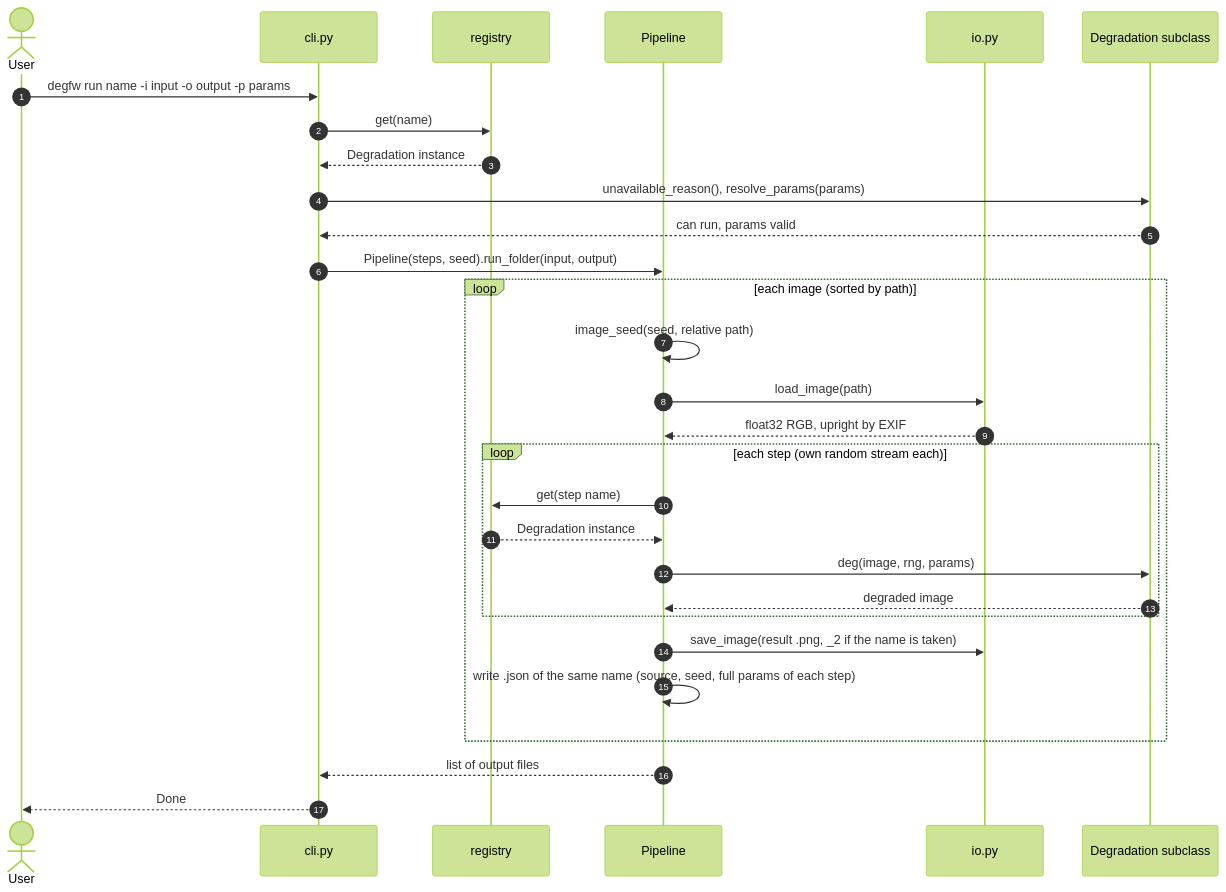
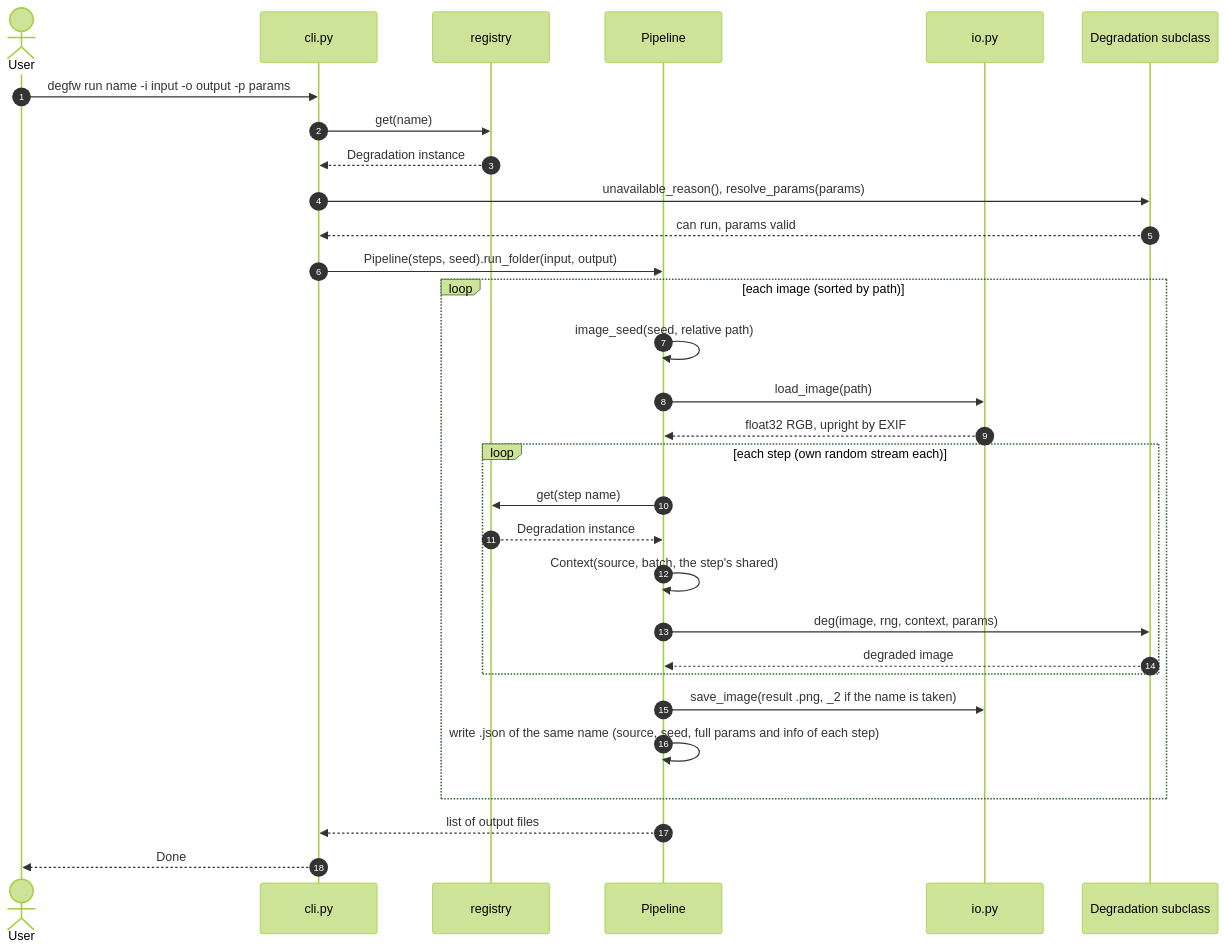
One commit to Tommy6015/degradation-framework changed the third of 4 diagrams in doc_EN/architecture.md. Above: the diagram before and after it, drawn with Mermaid (forest theme). The commit also changed other lines of this file and 38 other files, not shown here.

````diff
--- a/doc_EN/architecture.md
+++ b/doc_EN/architecture.md
@@ -206,32 +227,33 @@
 ```mermaid
 sequenceDiagram
     autonumber
     actor U as User
     participant CLI as cli.py
     participant R as registry
     participant P as Pipeline
     participant IO as io.py
     participant D as Degradation subclass
 
     U->>CLI: degfw run name -i input -o output -p params
     CLI->>R: get(name)
     R-->>CLI: Degradation instance
     CLI->>D: unavailable_reason(), resolve_params(params)
     D-->>CLI: can run, params valid
     CLI->>P: Pipeline(steps, seed).run_folder(input, output)
     loop each image (sorted by path)
         P->>P: image_seed(seed, relative path)
         P->>IO: load_image(path)
         IO-->>P: float32 RGB, upright by EXIF
         loop each step (own random stream each)
             P->>R: get(step name)
             R-->>P: Degradation instance
-            P->>D: deg(image, rng, params)
+            P->>P: Context(source, batch, the step's shared)
+            P->>D: deg(image, rng, context, params)
             D-->>P: degraded image
         end
         P->>IO: save_image(result .png, _2 if the name is taken)
-        P->>P: write .json of the same name (source, seed, full params of each step)
+        P->>P: write .json of the same name (source, seed, full params and info of each step)
     end
     P-->>CLI: list of output files
     CLI-->>U: Done
 ```
````
